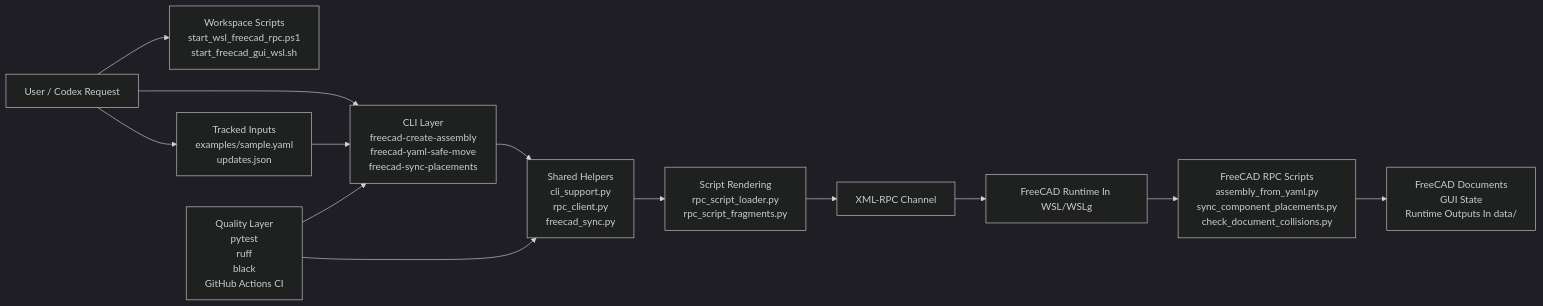
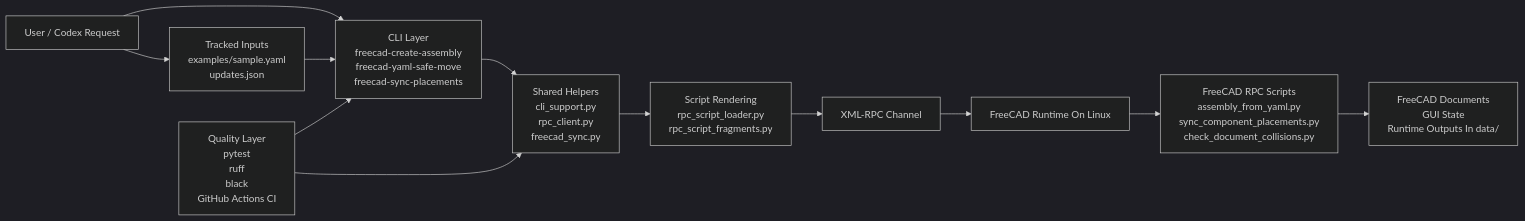
Before and after one commit to Bokai502/freecad-skill: the first of 3 diagrams in docs/ARCHITECTURE.md, drawn with Mermaid (dark theme). The commit also changed 55 other files, not shown here.

````diff
--- a/docs/ARCHITECTURE.md
+++ b/docs/ARCHITECTURE.md
@@ -9,27 +9,25 @@
 ```mermaid
 flowchart LR
     U["User / Codex Request"]
-    S["Workspace Scripts<br/>start_wsl_freecad_rpc.ps1<br/>start_freecad_gui_wsl.sh"]
     I["Tracked Inputs<br/>examples/sample.yaml<br/>updates.json"]
     C["CLI Layer<br/>freecad-create-assembly<br/>freecad-yaml-safe-move<br/>freecad-sync-placements"]
     H["Shared Helpers<br/>cli_support.py<br/>rpc_client.py<br/>freecad_sync.py"]
     R["Script Rendering<br/>rpc_script_loader.py<br/>rpc_script_fragments.py"]
     X["XML-RPC Channel"]
-    F["FreeCAD Runtime In WSL/WSLg"]
+    F["FreeCAD Runtime On Linux"]
     P["FreeCAD RPC Scripts<br/>assembly_from_yaml.py<br/>sync_component_placements.py<br/>check_document_collisions.py"]
     D["FreeCAD Documents<br/>GUI State<br/>Runtime Outputs In data/"]
     T["Quality Layer<br/>pytest<br/>ruff<br/>black<br/>GitHub Actions CI"]
 
-    U --> S
     U --> I
     U --> C
     I --> C
     C --> H
     H --> R
     R --> X
     X --> F
     F --> P
     P --> D
     T --> C
     T --> H
 ```
````
